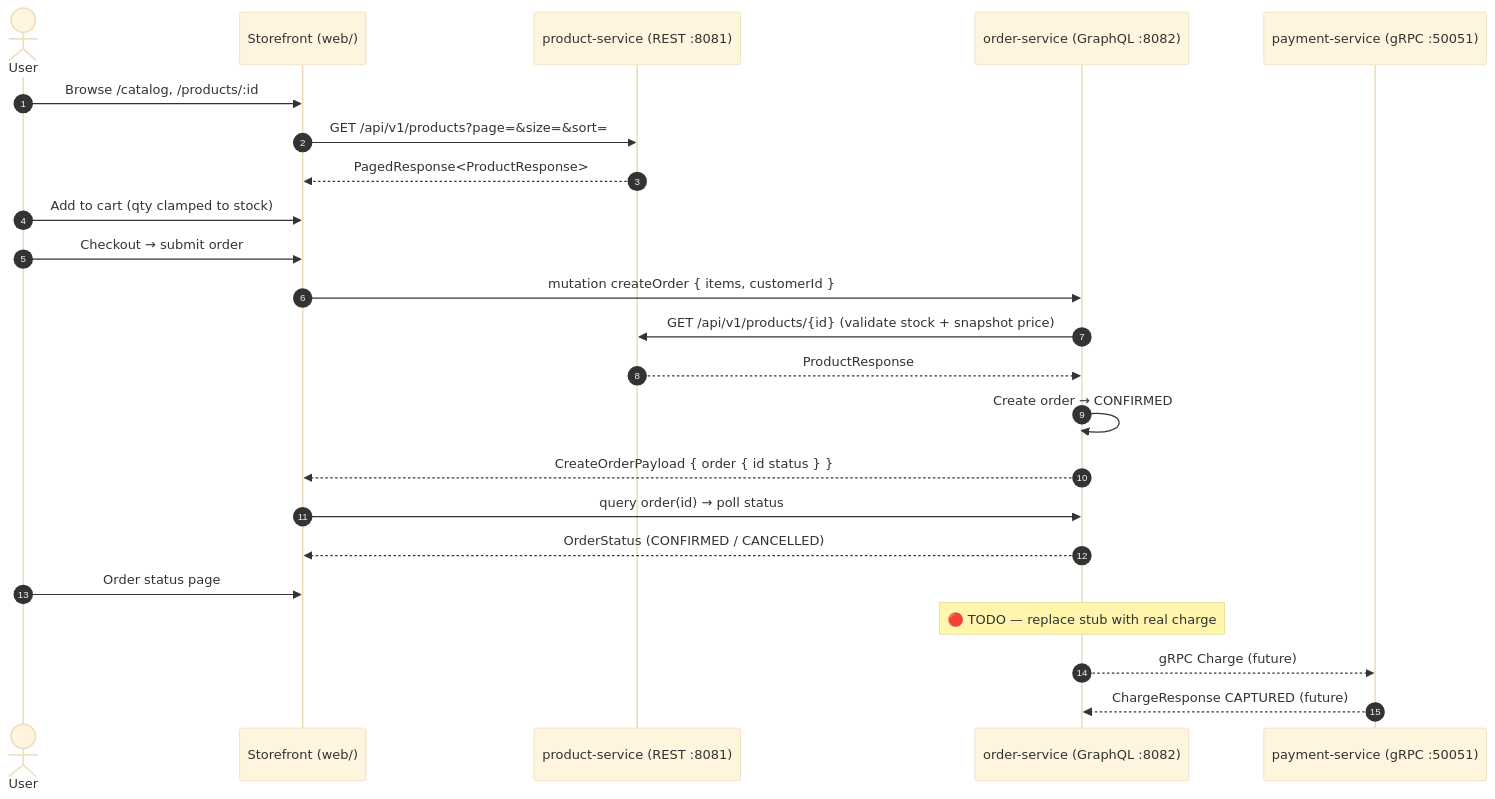
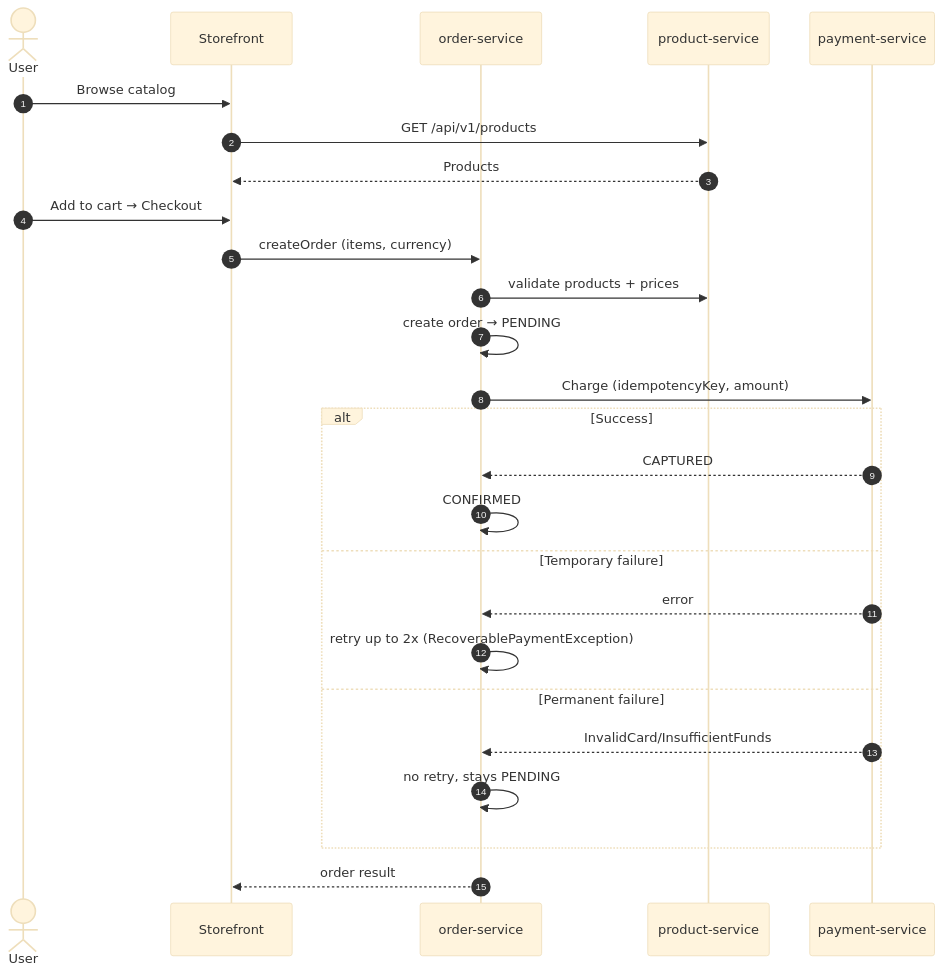
Before and after one commit to prakash144/mcp-commerce-platform: the second of 2 diagrams in README.md, drawn with Mermaid (base theme). The commit also changed other lines of this file and 3 other files, not shown here.

````diff
--- a/README.md
+++ b/README.md
@@ -127,27 +79,29 @@
 ```mermaid
 sequenceDiagram
     autonumber
     actor U as User
-    participant W as Storefront (web/)
-    participant P as product-service (REST :8081)
-    participant O as order-service (GraphQL :8082)
-    participant PAY as payment-service (gRPC :50051)
+    participant W as Storefront
+    participant O as order-service
+    participant P as product-service
+    participant PAY as payment-service
 
-    U->>W: Browse /catalog, /products/:id
-    W->>P: GET /api/v1/products?page=&size=&sort=
-    P-->>W: PagedResponse<ProductResponse>
-    U->>W: Add to cart (qty clamped to stock)
-    U->>W: Checkout → submit order
-    W->>O: mutation createOrder { items, customerId }
-    O->>P: GET /api/v1/products/{id}  (validate stock + snapshot price)
-    P-->>O: ProductResponse
-    O->>O: Create order → CONFIRMED
-    O-->>W: CreateOrderPayload { order { id status } }
-    W->>O: query order(id) → poll status
-    O-->>W: OrderStatus (CONFIRMED / CANCELLED)
-    U->>W: Order status page
-
-    Note over O: 🔴 TODO — replace stub with real charge
-    O-->>PAY: gRPC Charge (future)
-    PAY-->>O: ChargeResponse CAPTURED (future)
+    U->>W: Browse catalog
+    W->>P: GET /api/v1/products
+    P-->>W: Products
+    U->>W: Add to cart → Checkout
+    W->>O: createOrder (items, currency)
+    O->>P: validate products + prices
+    O->>O: create order → PENDING
+    O->>PAY: Charge (idempotencyKey, amount)
+    alt Success
+        PAY-->>O: CAPTURED
+        O->>O: CONFIRMED
+    else Temporary failure
+        PAY-->>O: error
+        O->>O: retry up to 2x (RecoverablePaymentException)
+    else Permanent failure
+        PAY-->>O: InvalidCard/InsufficientFunds
+        O->>O: no retry, stays PENDING
+    end
+    O-->>W: order result
 ```
````
